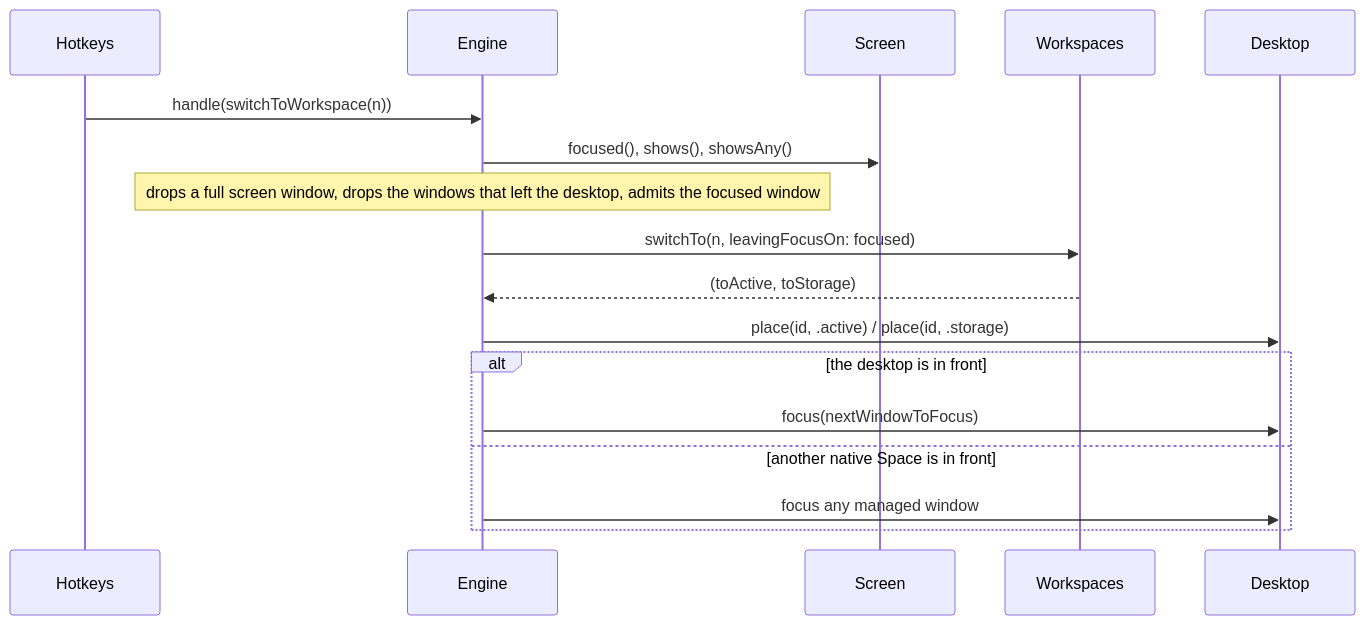
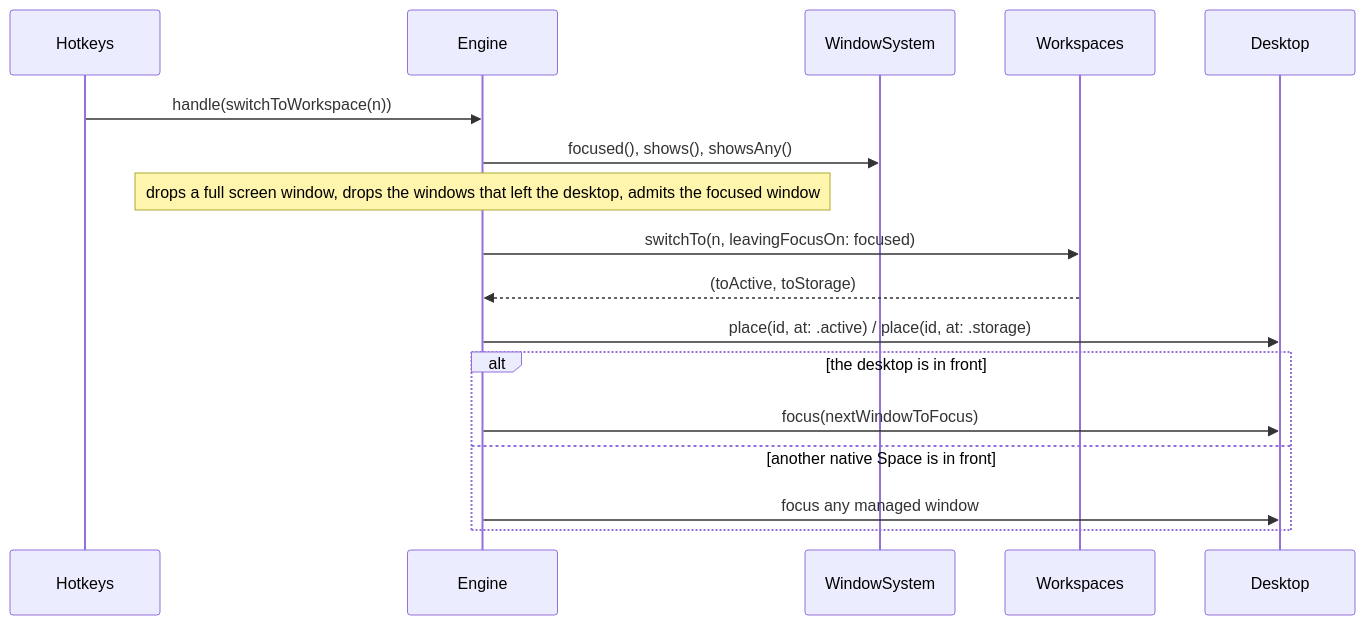
The third of 4 diagrams in ARCHITECTURE.md (brennovich/ottowm), drawn with Mermaid before and after one commit. The commit also changed other lines of this file and 30 other files, not shown here.

````diff
--- a/ARCHITECTURE.md
+++ b/ARCHITECTURE.md
@@ -122,14 +122,14 @@
 ```mermaid
 sequenceDiagram
     Hotkeys->>Engine: handle(switchToWorkspace(n))
-    Engine->>Screen: focused(), shows(), showsAny()
+    Engine->>WindowSystem: focused(), shows(), showsAny()
     Note over Engine: drops a full screen window, drops the windows that left the desktop, admits the focused window
     Engine->>Workspaces: switchTo(n, leavingFocusOn: focused)
     Workspaces-->>Engine: (toActive, toStorage)
-    Engine->>Desktop: place(id, .active) / place(id, .storage)
+    Engine->>Desktop: place(id, at: .active) / place(id, at: .storage)
     alt the desktop is in front
         Engine->>Desktop: focus(nextWindowToFocus)
     else another native Space is in front
         Engine->>Desktop: focus any managed window
     end
 ```
````
